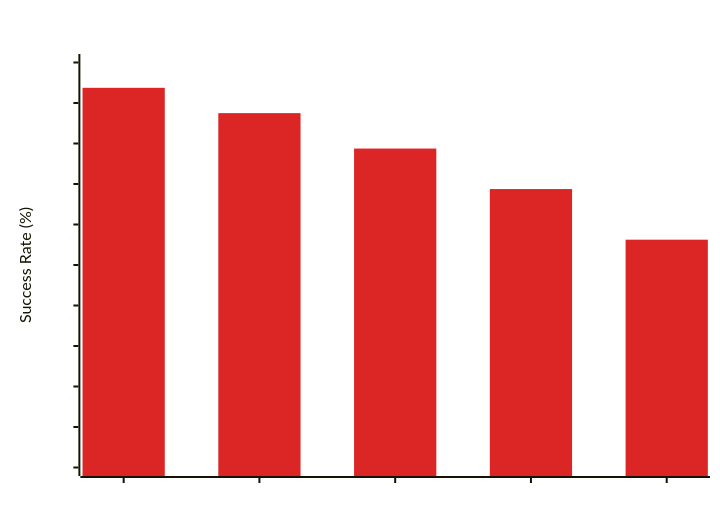
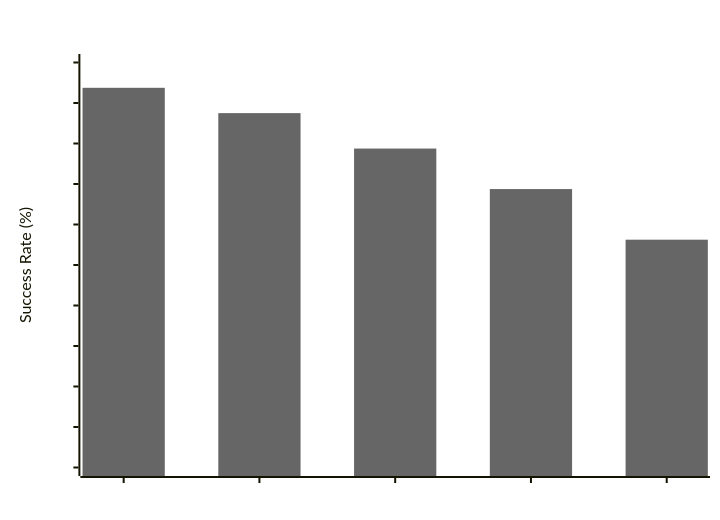
The sixth of 6 diagrams in README.md (mbhatt1/agentic_lpci_framework), drawn with Mermaid before and after one commit. The commit also changed other lines of this file, not shown here.

````diff
--- a/README.md
+++ b/README.md
@@ -388,19 +414,19 @@
 ```mermaid
 %%{init: {
   'theme': 'base',
   'themeVariables': {
     'xyChart': {
       'backgroundColor': 'transparent',
-      'titleColor': '#fff',
-      'xAxisLabelColor': '#fff',
-      'yAxisLabelColor': '#fff',
-      'plotColorPalette': '#dc2626,#f59e0b,#eab308,#f59e0b,#84cc16'
+      'titleColor': '#ffffff',
+      'xAxisLabelColor': '#ffffff',
+      'yAxisLabelColor': '#ffffff',
+      'plotColorPalette': '#666666,#999999,#3a3a3a,#2a2a2a,#1a1a1a'
     }
   }
 }}%%
 xychart-beta
     title "Attack Success Rates by Model"
     x-axis [GPT-4, GPT-4o, GPT-4.1-mini, GPT-4o-mini, GPT-4.1-nano]
     y-axis "Success Rate (%)" 0 --> 100
     bar [93.75, 87.50, 78.75, 68.75, 56.25]
 ```
````
